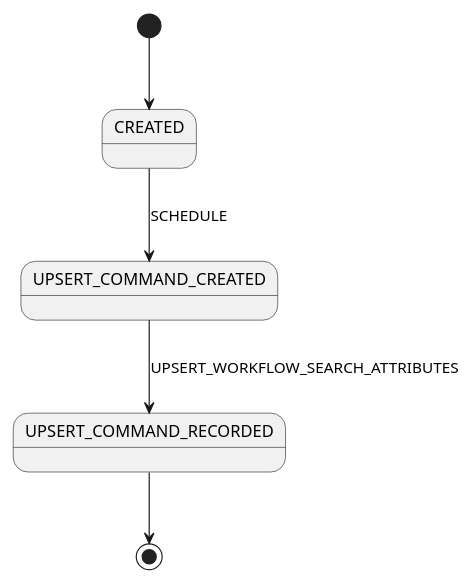
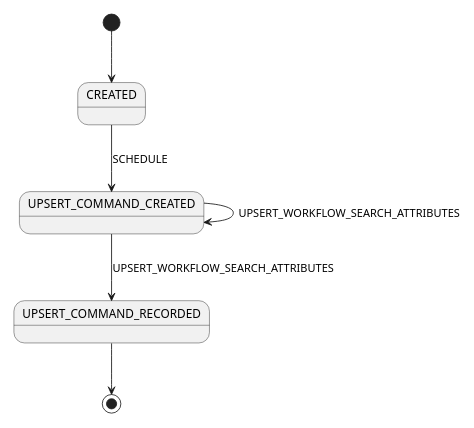
The diagram in src/main/java/io/temporal/internal/csm/UpsertSearchAttributesCommands.puml (mfateev/temporal-java-sdk), drawn with PlantUML before and after one commit. The commit also changed 35 other files, not shown here.

```diff
--- a/src/main/java/io/temporal/internal/csm/UpsertSearchAttributesCommands.puml
+++ b/src/main/java/io/temporal/internal/csm/UpsertSearchAttributesCommands.puml
@@ -21,7 +21,8 @@
 @startuml
 scale 350 width
 [*] --> CREATED
 CREATED --> UPSERT_COMMAND_CREATED: SCHEDULE
+UPSERT_COMMAND_CREATED --> UPSERT_COMMAND_CREATED: UPSERT_WORKFLOW_SEARCH_ATTRIBUTES
 UPSERT_COMMAND_CREATED --> UPSERT_COMMAND_RECORDED: UPSERT_WORKFLOW_SEARCH_ATTRIBUTES
 UPSERT_COMMAND_RECORDED --> [*]
 @enduml
```
